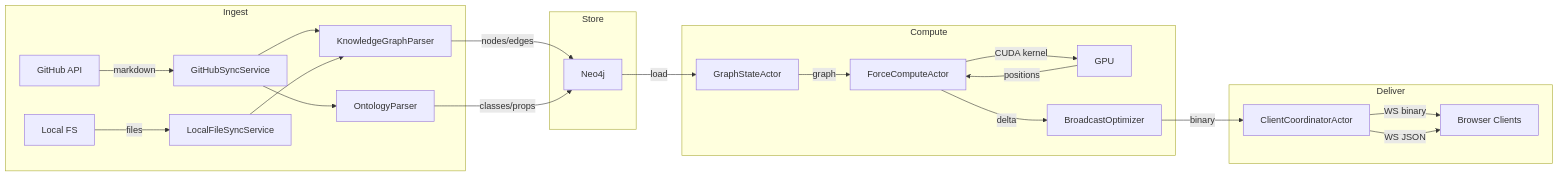
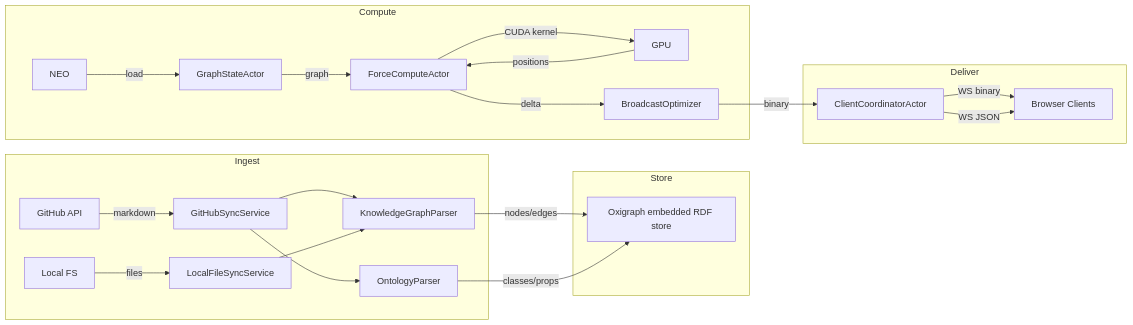
Before and after one commit to shaneholloman/logseq-spring-thing: the fourth of 4 diagrams in docs/architecture/visionclaw-rust-backend.md, drawn with Mermaid. The commit also changed other lines of this file and 58 other files, not shown here.

First line of the commit message:
docs: Neo4j→Oxigraph + webxr→visionclaw alignment, physics controls, health probes

````diff
--- a/docs/architecture/visionclaw-rust-backend.md
+++ b/docs/architecture/visionclaw-rust-backend.md
@@ -175,29 +174,29 @@
 ```mermaid
 flowchart LR
     subgraph Ingest
         GH[GitHub API] -->|markdown| SYNC[GitHubSyncService]
         LOCAL[Local FS] -->|files| LSYNC[LocalFileSyncService]
         SYNC --> KGP[KnowledgeGraphParser]
         SYNC --> OP[OntologyParser]
         LSYNC --> KGP
     end
 
     subgraph Store
-        KGP -->|nodes/edges| NEO[Neo4j]
-        OP -->|classes/props| NEO
+        KGP -->|nodes/edges| OXI[Oxigraph embedded RDF store]
+        OP -->|classes/props| OXI
     end
 
     subgraph Compute
         NEO -->|load| GSA[GraphStateActor]
         GSA -->|graph| FCA[ForceComputeActor]
         FCA -->|CUDA kernel| GPU[GPU]
         GPU -->|positions| FCA
         FCA -->|delta| BO[BroadcastOptimizer]
     end
 
     subgraph Deliver
         BO -->|binary| CC[ClientCoordinatorActor]
         CC -->|WS binary| CLIENTS[Browser Clients]
         CC -->|WS JSON| CLIENTS
     end
 ```
````
